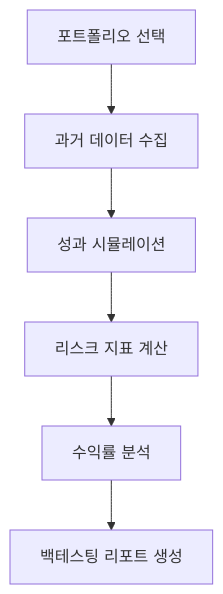
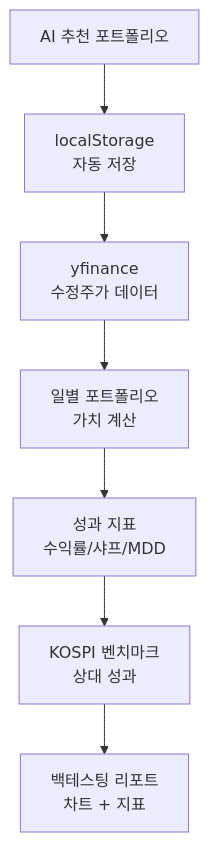
One commit to Plokies-2/AIfestival changed the fourth of 4 diagrams in README.md. Above: the diagram before and after it, drawn with Mermaid. The commit also changed other lines of this file and 12 other files, not shown here.

````diff
--- a/README.md
+++ b/README.md
@@ -128,8 +175,9 @@
 ```mermaid
 graph TD
-    A[포트폴리오 선택] --> B[과거 데이터 수집]
-    B --> C[성과 시뮬레이션]
-    C --> D[리스크 지표 계산]
-    D --> E[수익률 분석]
-    E --> F[백테스팅 리포트 생성]
+    A[AI 추천 포트폴리오] --> B[localStorage<br/>자동 저장]
+    B --> C[yfinance<br/>수정주가 데이터]
+    C --> D[일별 포트폴리오<br/>가치 계산]
+    D --> E[성과 지표<br/>수익률/샤프/MDD]
+    E --> F[KOSPI 벤치마크<br/>상대 성과]
+    F --> G[백테스팅 리포트<br/>차트 + 지표]
 ```
````
